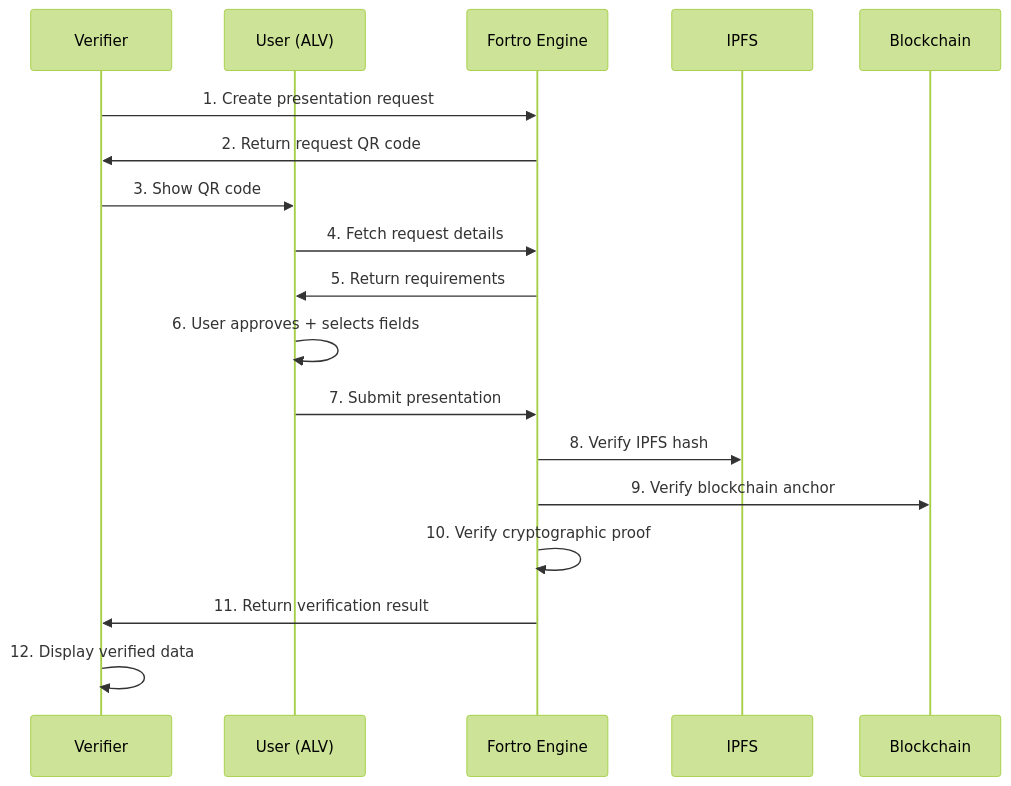
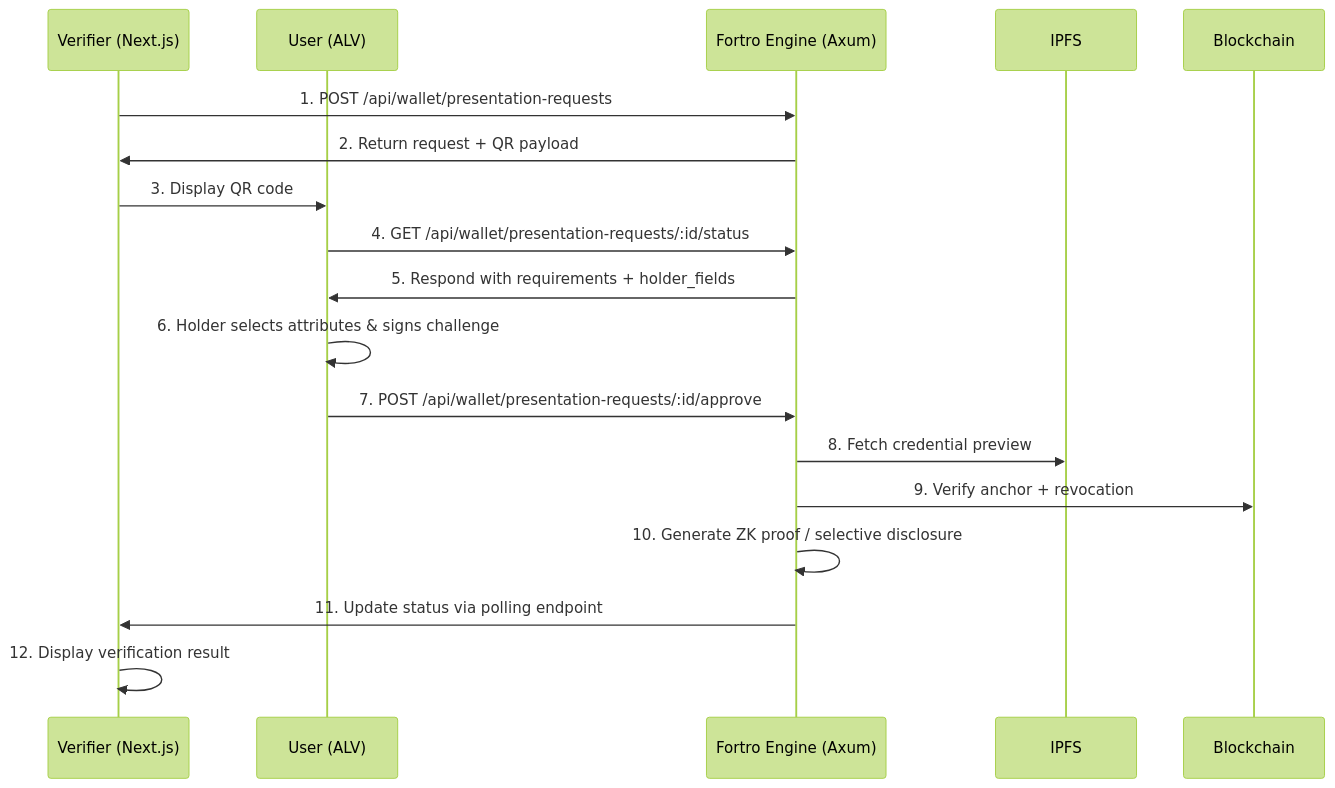
The third of 4 diagrams in architecture.mdx (blckdfly/docs), drawn with Mermaid (forest theme) before and after one commit. The commit also changed other lines of this file and 9 other files, not shown here.

````diff
--- a/architecture.mdx
+++ b/architecture.mdx
@@ -177,21 +179,21 @@
 ```mermaid
 sequenceDiagram
-    participant V as Verifier
+    participant V as Verifier (Next.js)
     participant U as User (ALV)
-    participant F as Fortro Engine
+    participant F as Fortro Engine (Axum)
     participant IPFS as IPFS
     participant BC as Blockchain
     
-    V->>F: 1. Create presentation request
-    F->>V: 2. Return request QR code
-    V->>U: 3. Show QR code
-    U->>F: 4. Fetch request details
-    F->>U: 5. Return requirements
-    U->>U: 6. User approves + selects fields
-    U->>F: 7. Submit presentation
-    F->>IPFS: 8. Verify IPFS hash
-    F->>BC: 9. Verify blockchain anchor
-    F->>F: 10. Verify cryptographic proof
-    F->>V: 11. Return verification result
-    V->>V: 12. Display verified data
+    V->>F: 1. POST /api/wallet/presentation-requests
+    F->>V: 2. Return request + QR payload
+    V->>U: 3. Display QR code
+    U->>F: 4. GET /api/wallet/presentation-requests/:id/status
+    F->>U: 5. Respond with requirements + holder_fields
+    U->>U: 6. Holder selects attributes & signs challenge
+    U->>F: 7. POST /api/wallet/presentation-requests/:id/approve
+    F->>IPFS: 8. Fetch credential preview
+    F->>BC: 9. Verify anchor + revocation
+    F->>F: 10. Generate ZK proof / selective disclosure
+    F->>V: 11. Update status via polling endpoint
+    V->>V: 12. Display verification result
 ```
````
